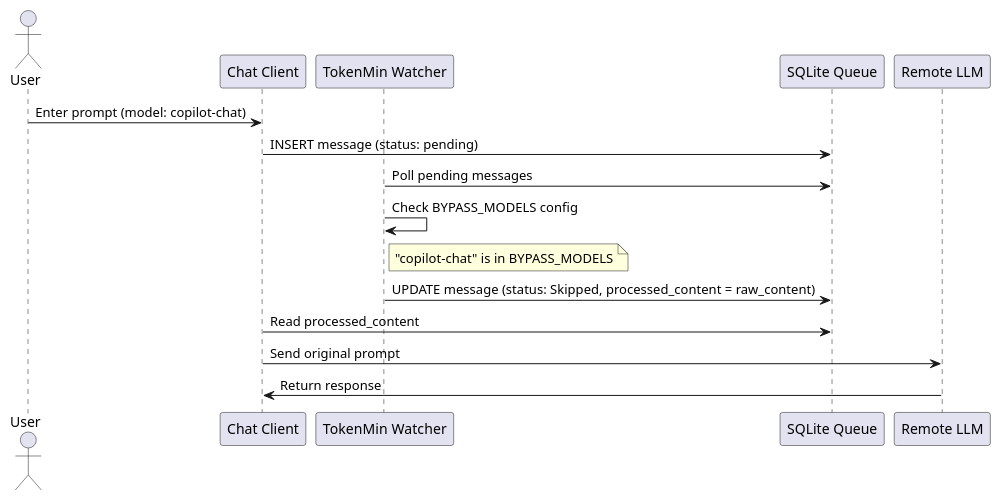
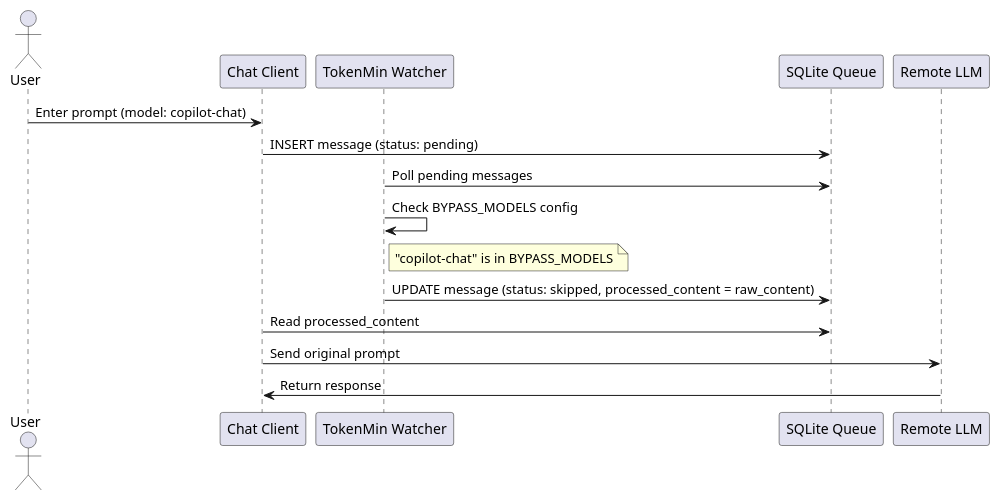
One commit to HidekiAI/TokenMin changed the diagram in docs/SEQ_CHAT_BYPASS.puml. Above: the diagram before and after it, drawn with PlantUML. The commit also changed 1 other file, not shown here.

Commit message:
docs: fix heading capitalization and diagram status casing

```diff
--- a/docs/SEQ_CHAT_BYPASS.puml
+++ b/docs/SEQ_CHAT_BYPASS.puml
@@ -1,17 +1,17 @@
 @startuml
 actor User
 participant "Chat Client" as ChatClient
 participant "TokenMin Watcher" as TokenMin
 participant "SQLite Queue" as Queue
 participant "Remote LLM" as LLM
 
 User -> ChatClient: Enter prompt (model: copilot-chat)
 ChatClient -> Queue: INSERT message (status: pending)
 TokenMin -> Queue: Poll pending messages
 TokenMin -> TokenMin: Check BYPASS_MODELS config
 note right of TokenMin: "copilot-chat" is in BYPASS_MODELS
-TokenMin -> Queue: UPDATE message (status: Skipped, processed_content = raw_content)
+TokenMin -> Queue: UPDATE message (status: skipped, processed_content = raw_content)
 ChatClient -> Queue: Read processed_content
 ChatClient -> LLM: Send original prompt
 LLM -> ChatClient: Return response
 @enduml
```
